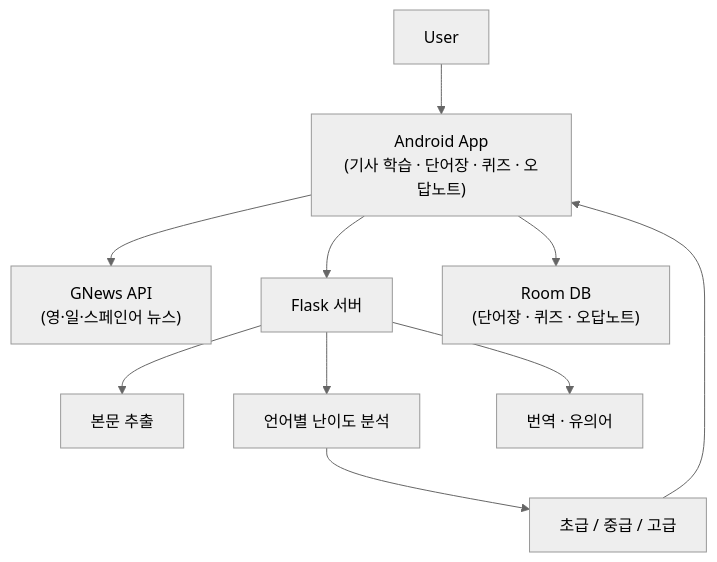
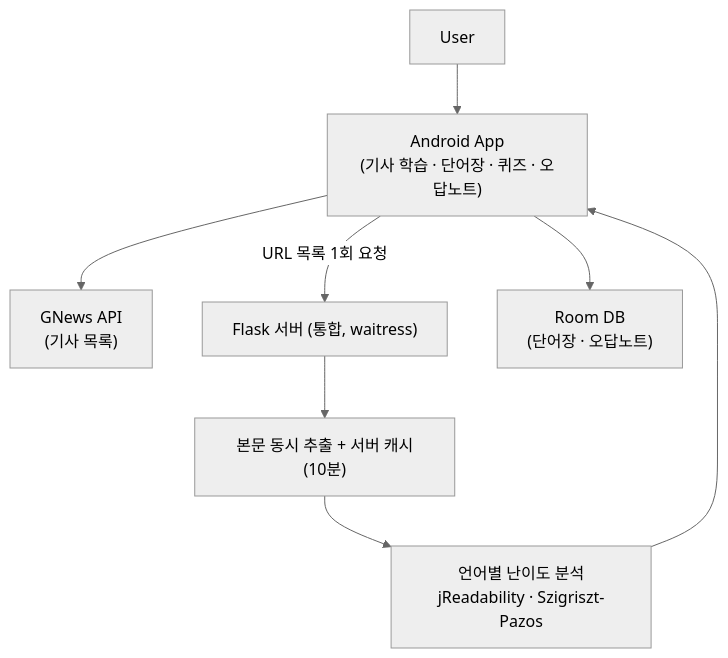
One commit to DAYEONG0222/newspeed changed the diagram in README.md. Above: the diagram before and after it, drawn with Mermaid (neutral theme). The commit also changed other lines of this file and 5 other files, not shown here.

````diff
--- a/README.md
+++ b/README.md
@@ -21,12 +23,10 @@
 ```mermaid
 flowchart TD
     user["User"] --> android["Android App<br/>(기사 학습 · 단어장 · 퀴즈 · 오답노트)"]
-    android --> gnews["GNews API<br/>(영·일·스페인어 뉴스)"]
-    android --> flask["Flask 서버"]
-    flask --> extraction["본문 추출"]
-    flask --> difficulty["언어별 난이도 분석"]
-    flask --> translation["번역 · 유의어"]
-    difficulty --> level["초급 / 중급 / 고급"]
-    level --> android
-    android --> room["Room DB<br/>(단어장 · 퀴즈 · 오답노트)"]
+    android --> gnews["GNews API<br/>(기사 목록)"]
+    android -->|"URL 목록 1회 요청"| flask["Flask 서버 (통합, waitress)"]
+    flask --> batch["본문 동시 추출 + 서버 캐시(10분)"]
+    batch --> difficulty["언어별 난이도 분석<br/>jReadability · Szigriszt-Pazos"]
+    difficulty --> android
+    android --> room["Room DB<br/>(단어장 · 오답노트)"]
 ```
````
